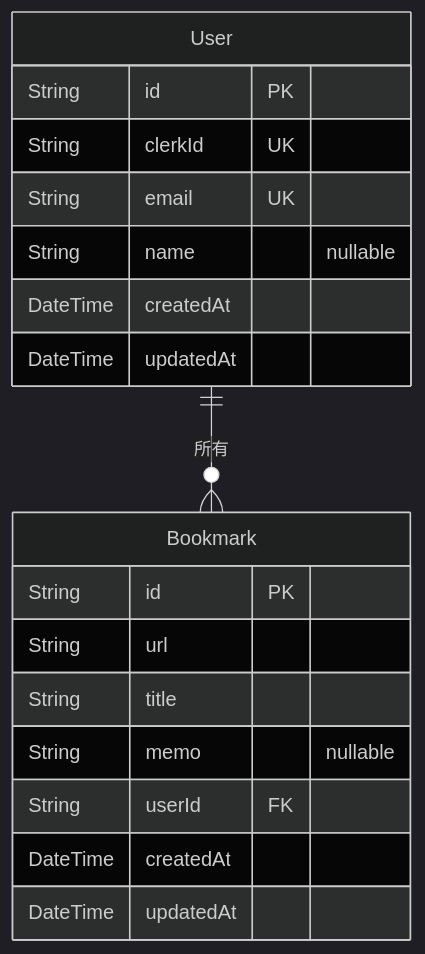
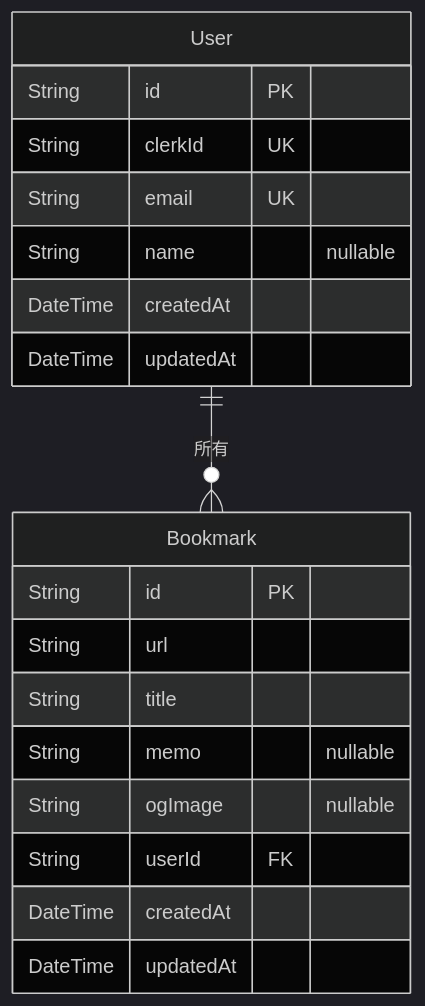
One commit to ot-nemoto/link-hub changed the diagram in docs/schema.md. Above: the diagram before and after it, drawn with Mermaid (dark theme). The commit also changed other lines of this file and 3 other files, not shown here.

````diff
--- a/docs/schema.md
+++ b/docs/schema.md
@@ -49,22 +50,23 @@
 ```mermaid
 erDiagram
     User {
         String id PK
         String clerkId UK
         String email UK
         String name "nullable"
         DateTime createdAt
         DateTime updatedAt
     }
     Bookmark {
         String id PK
         String url
         String title
         String memo "nullable"
+        String ogImage "nullable"
         String userId FK
         DateTime createdAt
         DateTime updatedAt
     }
 
     User ||--o{ Bookmark : "所有"
 ```
````
